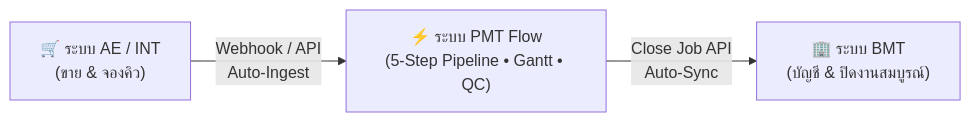
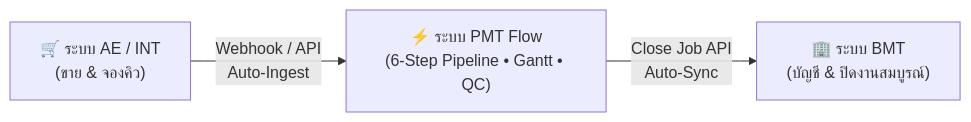
The first of 2 diagrams in doc/PMT_Flow_User_Training_Manual.md (isarachootip/pmt_flow), drawn with Mermaid before and after one commit. The commit also changed other lines of this file and 9 other files, not shown here.

Commit message:
refactor(pipeline): merge step 2 & 3 into 6-step pipeline, separate CSAT & MA, update documentation

````diff
--- a/doc/PMT_Flow_User_Training_Manual.md
+++ b/doc/PMT_Flow_User_Training_Manual.md
@@ -29,5 +29,5 @@
 ```mermaid
 flowchart LR
-    A["🛒 ระบบ AE / INT<br/>(ขาย & จองคิว)"] -->|"Webhook / API<br/>Auto-Ingest"| B["⚡ ระบบ PMT Flow<br/>(5-Step Pipeline • Gantt • QC)"]
+    A["🛒 ระบบ AE / INT<br/>(ขาย & จองคิว)"] -->|"Webhook / API<br/>Auto-Ingest"| B["⚡ ระบบ PMT Flow<br/>(6-Step Pipeline • Gantt • QC)"]
     B -->|"Close Job API<br/>Auto-Sync"| C["🏢 ระบบ BMT<br/>(บัญชี & ปิดงานสมบูรณ์)"]
 ```
````
